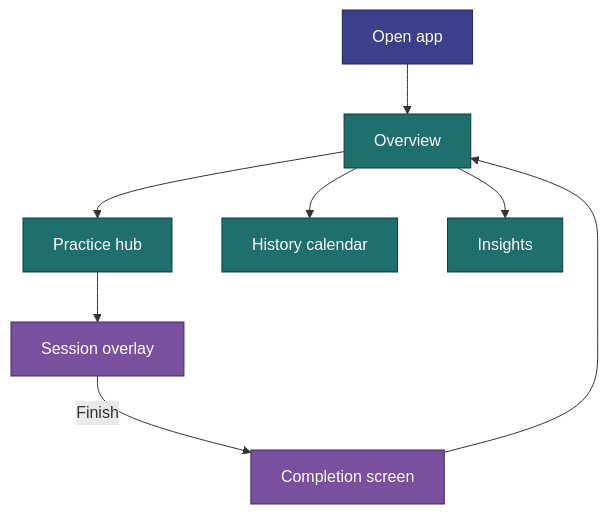
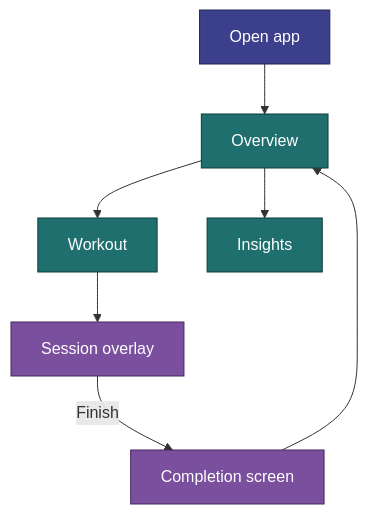
One commit to jermbo/CosmicWorkOut changed the first of 3 diagrams in docs/implementation/behavior.md. Above: the diagram before and after it, drawn with Mermaid. The commit also changed other lines of this file and 197 other files, not shown here.

````diff
--- a/docs/implementation/behavior.md
+++ b/docs/implementation/behavior.md
@@ -19,17 +19,16 @@
 ```mermaid
 flowchart TB
     Boot[Open app] --> Overview[Overview]
-    Overview --> Practice[Practice hub]
-    Practice --> Session[Session overlay]
+    Overview --> Workout[Workout]
+    Workout --> Session[Session overlay]
     Session -->|Finish| Done[Completion screen]
     Done --> Overview
-    Overview --> History[History calendar]
     Overview --> Insights[Insights]
 
     classDef entry fill:#3b3f8c,stroke:#23264f,color:#ffffff;
     classDef screen fill:#1f6f6f,stroke:#0f3a3a,color:#ffffff;
     classDef session fill:#7a4f9e,stroke:#46295c,color:#ffffff;
     class Boot entry;
-    class Overview,Practice,History,Insights screen;
+    class Overview,Workout,Insights screen;
     class Session,Done session;
 ```
````
